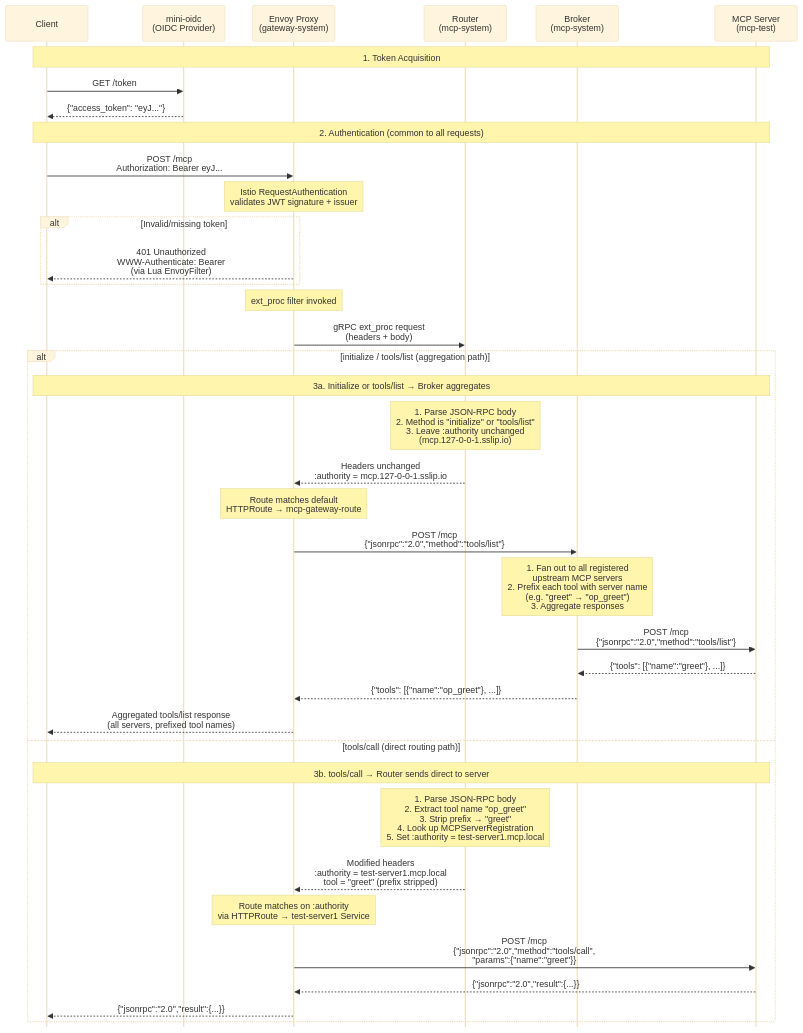
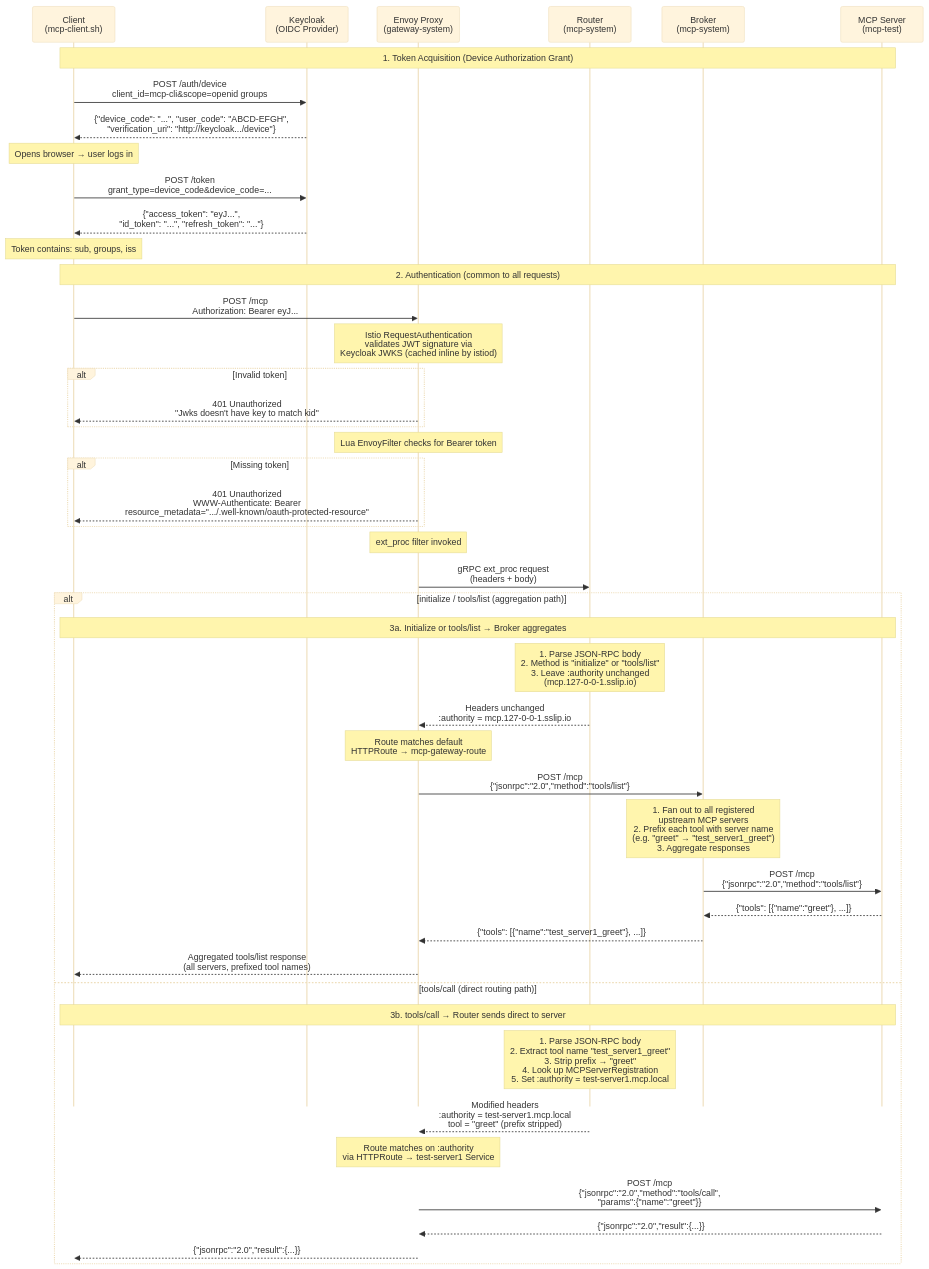
One commit to jaideepr97/mcp-ecosystem-experimentation changed the diagram in docs/diagrams/request-flow.mermaid. Above: the diagram before and after it, drawn with Mermaid. The commit also changed 1 other file, not shown here.

Commit message:
Update diagrams for Phase 12: Keycloak, users/groups, device auth flow
Replace mini-oidc with Keycloak namespace in component architecture,
add OAuth clients (mcp-gateway, mcp-cli, mcp-inspector) and user/group
listings. Update request flow to show device authorization grant token
acquisition and Keycloak-based JWT validation with both auth failure
paths (invalid token via Istio, missing token via Lua EnvoyFilter).

```diff
--- a/docs/diagrams/request-flow.mermaid
+++ b/docs/diagrams/request-flow.mermaid
@@ -1,59 +1,68 @@
 %%{ init: { 'theme': 'base', 'sequence': { 'mirrorActors': false } } }%%
 
 sequenceDiagram
-    participant C as Client
-    participant O as mini-oidc<br/>(OIDC Provider)
+    participant C as Client<br/>(mcp-client.sh)
+    participant KC as Keycloak<br/>(OIDC Provider)
     participant E as Envoy Proxy<br/>(gateway-system)
     participant R as Router<br/>(mcp-system)
     participant B as Broker<br/>(mcp-system)
     participant S as MCP Server<br/>(mcp-test)
 
-    Note over C,S: 1. Token Acquisition
-    C->>O: GET /token
-    O-->>C: {"access_token": "eyJ..."}
+    Note over C,S: 1. Token Acquisition (Device Authorization Grant)
+    C->>KC: POST /auth/device<br/>client_id=mcp-cli&scope=openid groups
+    KC-->>C: {"device_code": "...", "user_code": "ABCD-EFGH",<br/>"verification_uri": "http://keycloak.../device"}
+    Note over C: Opens browser → user logs in
+    C->>KC: POST /token<br/>grant_type=device_code&device_code=...
+    KC-->>C: {"access_token": "eyJ...",<br/>"id_token": "...", "refresh_token": "..."}
+    Note over C: Token contains: sub, groups, iss
 
     Note over C,S: 2. Authentication (common to all requests)
     C->>E: POST /mcp<br/>Authorization: Bearer eyJ...
 
-    Note over E: Istio RequestAuthentication<br/>validates JWT signature + issuer
+    Note over E: Istio RequestAuthentication<br/>validates JWT signature via<br/>Keycloak JWKS (cached inline by istiod)
 
-    alt Invalid/missing token
-        E-->>C: 401 Unauthorized<br/>WWW-Authenticate: Bearer<br/>(via Lua EnvoyFilter)
+    alt Invalid token
+        E-->>C: 401 Unauthorized<br/>"Jwks doesn't have key to match kid"
+    end
+
+    Note over E: Lua EnvoyFilter checks for Bearer token
+    alt Missing token
+        E-->>C: 401 Unauthorized<br/>WWW-Authenticate: Bearer<br/>resource_metadata=".../.well-known/oauth-protected-resource"
     end
 
     Note over E: ext_proc filter invoked
 
     E->>R: gRPC ext_proc request<br/>(headers + body)
 
     alt initialize / tools/list (aggregation path)
         Note over C,S: 3a. Initialize or tools/list → Broker aggregates
 
         Note over R: 1. Parse JSON-RPC body<br/>2. Method is "initialize" or "tools/list"<br/>3. Leave :authority unchanged<br/>(mcp.127-0-0-1.sslip.io)
 
         R-->>E: Headers unchanged<br/>:authority = mcp.127-0-0-1.sslip.io
 
         Note over E: Route matches default<br/>HTTPRoute → mcp-gateway-route
 
         E->>B: POST /mcp<br/>{"jsonrpc":"2.0","method":"tools/list"}
 
-        Note over B: 1. Fan out to all registered<br/>upstream MCP servers<br/>2. Prefix each tool with server name<br/>(e.g. "greet" → "op_greet")<br/>3. Aggregate responses
+        Note over B: 1. Fan out to all registered<br/>upstream MCP servers<br/>2. Prefix each tool with server name<br/>(e.g. "greet" → "test_server1_greet")<br/>3. Aggregate responses
 
         B->>S: POST /mcp<br/>{"jsonrpc":"2.0","method":"tools/list"}
         S-->>B: {"tools": [{"name":"greet"}, ...]}
 
-        B-->>E: {"tools": [{"name":"op_greet"}, ...]}
+        B-->>E: {"tools": [{"name":"test_server1_greet"}, ...]}
         E-->>C: Aggregated tools/list response<br/>(all servers, prefixed tool names)
 
     else tools/call (direct routing path)
         Note over C,S: 3b. tools/call → Router sends direct to server
 
-        Note over R: 1. Parse JSON-RPC body<br/>2. Extract tool name "op_greet"<br/>3. Strip prefix → "greet"<br/>4. Look up MCPServerRegistration<br/>5. Set :authority = test-server1.mcp.local
+        Note over R: 1. Parse JSON-RPC body<br/>2. Extract tool name "test_server1_greet"<br/>3. Strip prefix → "greet"<br/>4. Look up MCPServerRegistration<br/>5. Set :authority = test-server1.mcp.local
 
         R-->>E: Modified headers<br/>:authority = test-server1.mcp.local<br/>tool = "greet" (prefix stripped)
 
         Note over E: Route matches on :authority<br/>via HTTPRoute → test-server1 Service
 
         E->>S: POST /mcp<br/>{"jsonrpc":"2.0","method":"tools/call",<br/>"params":{"name":"greet"}}
         S-->>E: {"jsonrpc":"2.0","result":{...}}
         E-->>C: {"jsonrpc":"2.0","result":{...}}
     end
```
